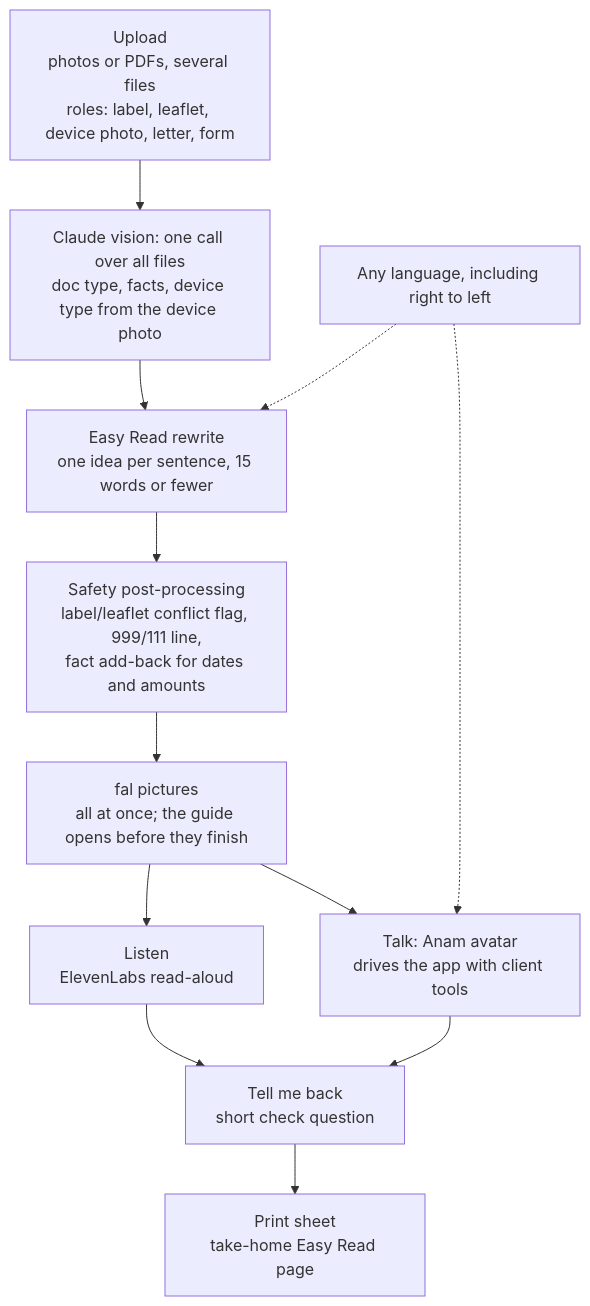
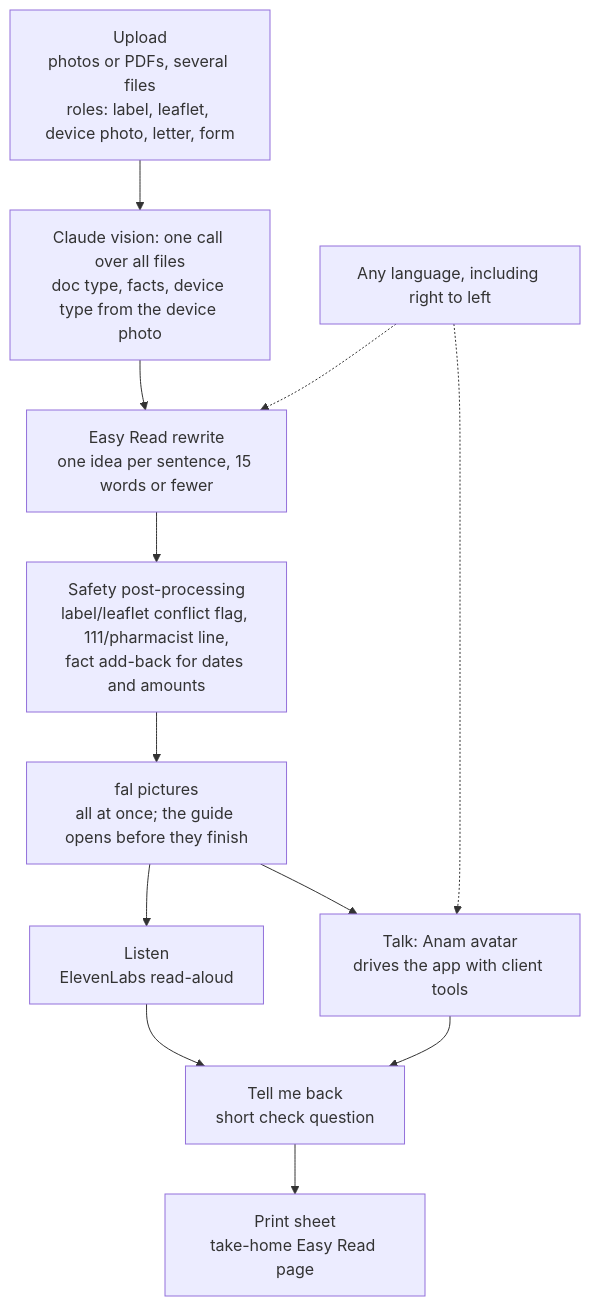
Before and after one commit to Tasnim-Uddin/EasyRead-AI: the diagram in README.md, drawn with Mermaid. The commit also changed other lines of this file and 11 other files, not shown here.

Commit message:
Remove the server-side 999 check, 999 escalate value and app-added 999 safety line

````diff
--- a/README.md
+++ b/README.md
@@ -41,14 +41,14 @@
 ```mermaid
 flowchart TD
     A["Upload<br/>photos or PDFs, several files<br/>roles: label, leaflet, device photo, letter, form"] --> B["Claude vision: one call over all files<br/>doc type, facts, device type from the device photo"]
     B --> C["Easy Read rewrite<br/>one idea per sentence, 15 words or fewer"]
-    C --> D["Safety post-processing<br/>label/leaflet conflict flag, 999/111 line,<br/>fact add-back for dates and amounts"]
+    C --> D["Safety post-processing<br/>label/leaflet conflict flag, 111/pharmacist line,<br/>fact add-back for dates and amounts"]
     D --> E["fal pictures<br/>all at once; the guide opens before they finish"]
     E --> F["Listen<br/>ElevenLabs read-aloud"]
     E --> G["Talk: Anam avatar<br/>drives the app with client tools"]
     G --> H["Tell me back<br/>short check question"]
     F --> H
     H --> I["Print sheet<br/>take-home Easy Read page"]
     L["Any language, including right to left"] -.-> C
     L -.-> G
 ```
````
